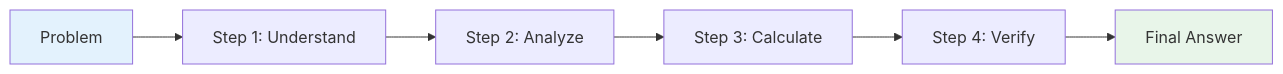
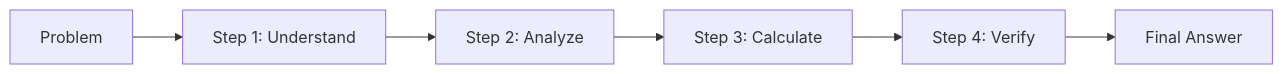
Before and after one commit to yuexiaoliang/prompt-engineering-learning: the first of 5 diagrams in 03-reasoning-en.md, drawn with Mermaid. The commit also changed other lines of this file and 3 other files, not shown here.

First line of the commit message:
fix(prompt-engineering): remove remaining hardcoded mermaid fill styles

````diff
--- a/03-reasoning-en.md
+++ b/03-reasoning-en.md
@@ -24,11 +24,9 @@
 ```mermaid
 flowchart LR
     A[Problem] --> B[Step 1: Understand]
     B --> C[Step 2: Analyze]
     C --> D[Step 3: Calculate]
     D --> E[Step 4: Verify]
     E --> F[Final Answer]
 
-    style A fill:#e3f2fd
-    style F fill:#e8f5e9
 ```
````
